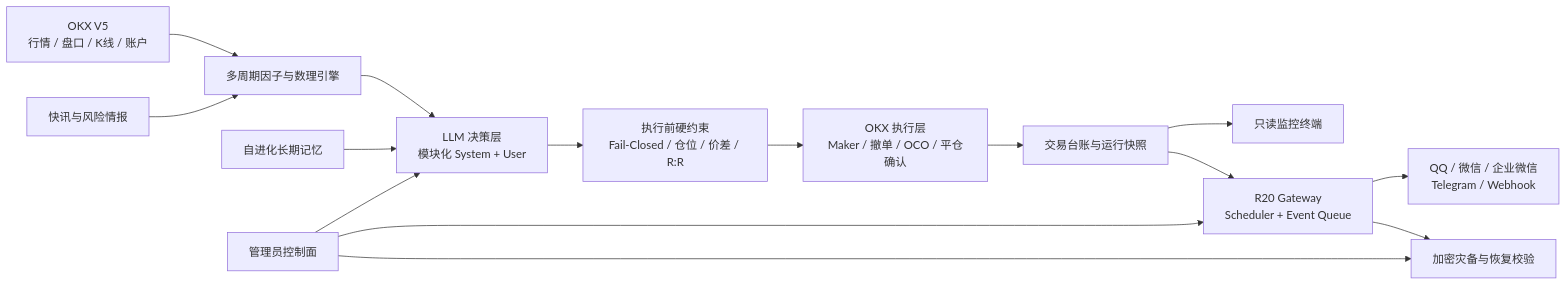
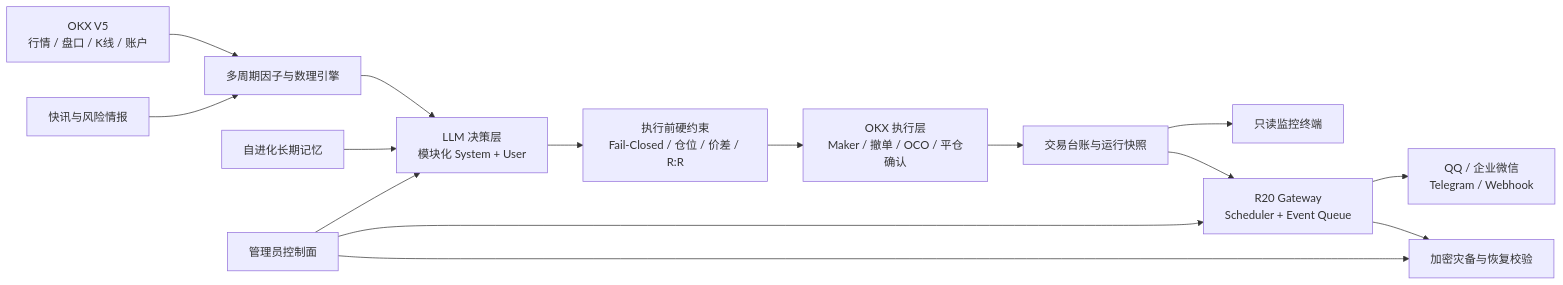
One commit to 0xdabiaoge/r20-quantum-trader changed the diagram in README.md. Above: the diagram before and after it, drawn with Mermaid. The commit also changed other lines of this file and 15 other files, not shown here.

````diff
--- a/README.md
+++ b/README.md
@@ -82,17 +82,17 @@
 ```mermaid
 flowchart LR
     OKX[OKX V5\n行情 / 盘口 / K线 / 账户] --> FACTOR[多周期因子与数理引擎]
     NEWS[快讯与风险情报] --> FACTOR
     FACTOR --> BRAIN[LLM 决策层\n模块化 System + User]
     MEMORY[自进化长期记忆] --> BRAIN
     BRAIN --> GUARD[执行前硬约束\nFail-Closed / 仓位 / 价差 / R:R]
     GUARD --> EXEC[OKX 执行层\nMaker / 撤单 / OCO / 平仓确认]
     EXEC --> LEDGER[交易台账与运行快照]
     LEDGER --> DASH[只读监控终端]
     LEDGER --> GATEWAY[R20 Gateway\nScheduler + Event Queue]
-    GATEWAY --> CHANNELS[QQ / 微信 / 企业微信\nTelegram / Webhook]
+    GATEWAY --> CHANNELS[QQ / 企业微信\nTelegram / Webhook]
     GATEWAY --> BACKUP[加密灾备与恢复校验]
     ADMIN[管理员控制面] --> BRAIN
     ADMIN --> GATEWAY
     ADMIN --> BACKUP
 ```
````
